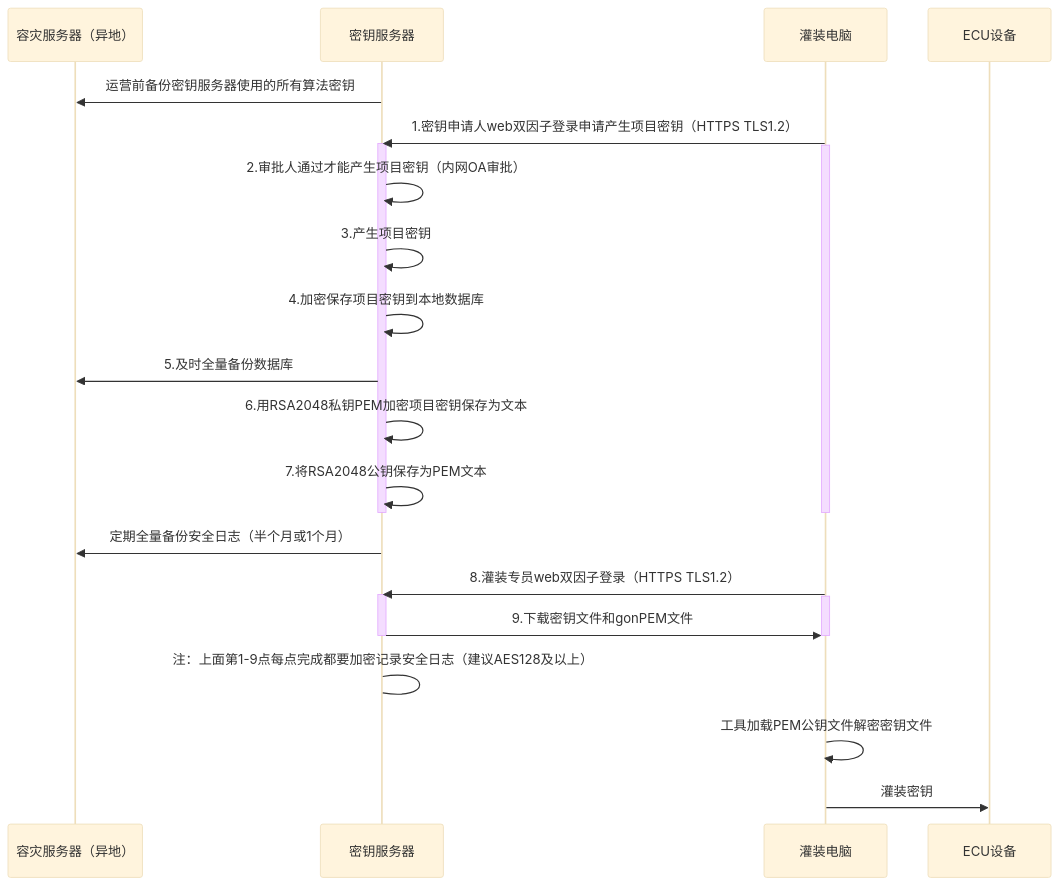
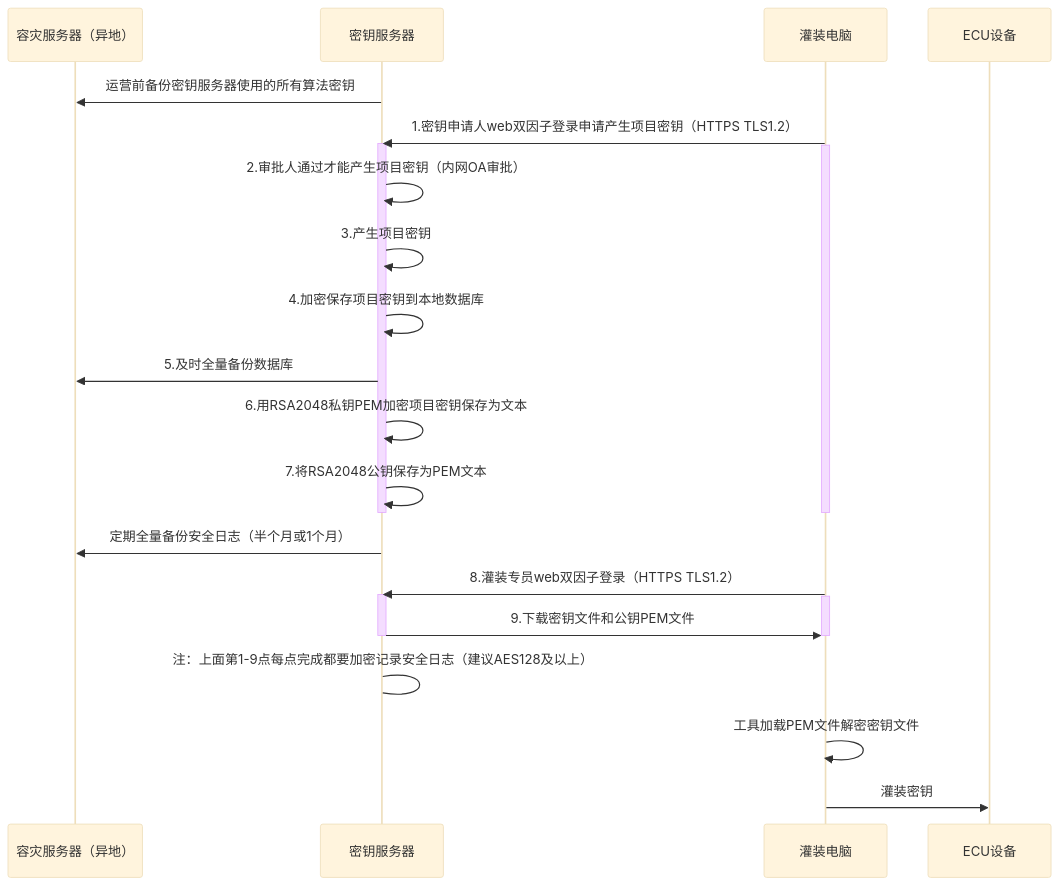
The diagram in all/未命名-15.md (facebook-cloud/iodraw-files), drawn with Mermaid (base theme) before and after one commit.

Commit message:
2026-02-13 10:58:42 update

````diff
--- a/all/未命名-15.md
+++ b/all/未命名-15.md
@@ -1,34 +1,34 @@
 ```mermaid
 sequenceDiagram
     participant A as 容灾服务器（异地）
     participant B as 密钥服务器
     participant D as 灌装电脑
     participant E as ECU设备
 
     B->>A: 运营前备份密钥服务器使用的所有算法密钥
     D->>B: 1.密钥申请人web双因子登录申请产生项目密钥（HTTPS TLS1.2）
     activate B
     activate D
     B->>B: 2.审批人通过才能产生项目密钥（内网OA审批）
     B->>B: 3.产生项目密钥
     B->>B: 4.加密保存项目密钥到本地数据库
     B->>A: 5.及时全量备份数据库
     B->>B: 6.用RSA2048私钥PEM加密项目密钥保存为文本
     B->>B: 7.将RSA2048公钥保存为PEM文本
     deactivate B
     deactivate D
 
     B->>A: 定期全量备份安全日志（半个月或1个月）
     
     D->>B: 8.灌装专员web双因子登录（HTTPS TLS1.2）
     activate B
     activate D
-    B->>D: 9.下载密钥文件和gonPEM文件
+    B->>D: 9.下载密钥文件和公钥PEM文件
     deactivate B
     deactivate D
     B->B: 注：上面第1-9点每点完成都要加密记录安全日志（建议AES128及以上）
 
-    D->>D:工具加载PEM公钥文件解密密钥文件
+    D->>D:工具加载PEM文件解密密钥文件
     
     D->>E: 灌装密钥
 ```
````
